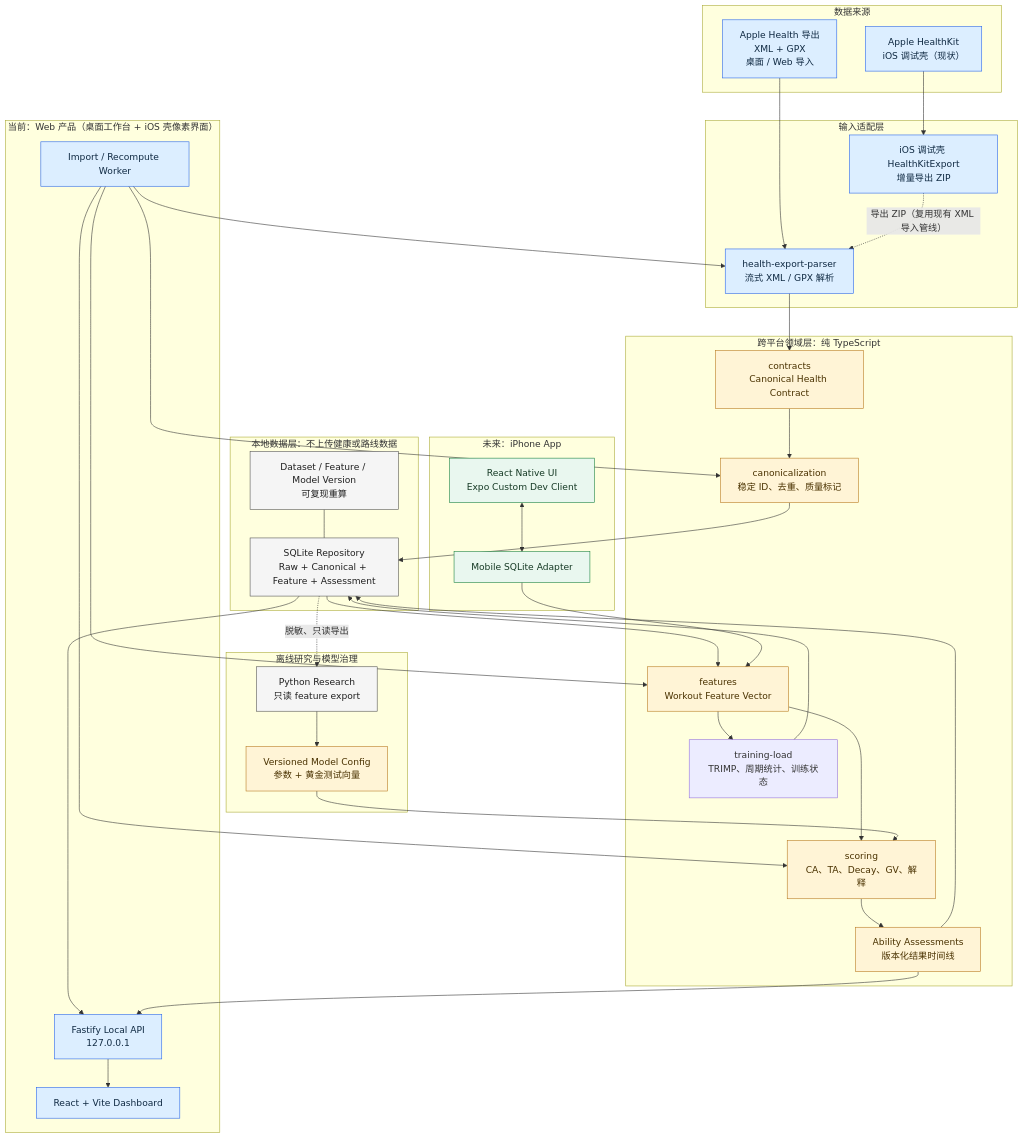
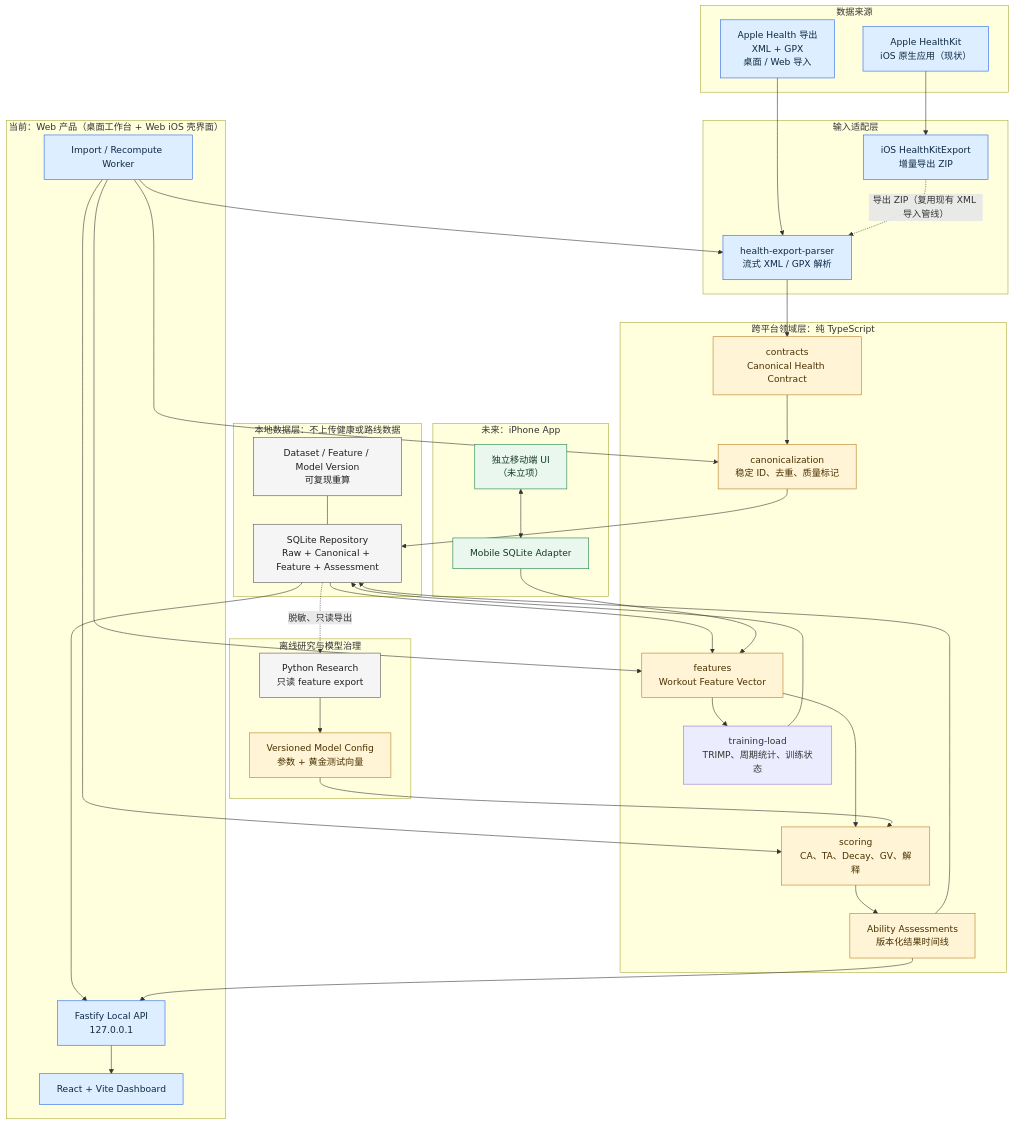
One commit to BlacnkCat0811/running changed the diagram in docs/ARCHITECTURE.md. Above: the diagram before and after it, drawn with Mermaid. The commit also changed other lines of this file and 8 other files, not shown here.

````diff
--- a/docs/ARCHITECTURE.md
+++ b/docs/ARCHITECTURE.md
@@ -56,73 +56,73 @@
 ```mermaid
 flowchart TB
     subgraph Sources["数据来源"]
         Export["Apple Health 导出\nXML + GPX\n桌面 / Web 导入"]
-        HealthKit["Apple HealthKit\niOS 调试壳（现状）"]
+        HealthKit["Apple HealthKit\niOS 原生应用（现状）"]
     end
 
     subgraph Adapters["输入适配层"]
         ExportParser["health-export-parser\n流式 XML / GPX 解析"]
-        HealthKitAdapter["iOS 调试壳 HealthKitExport\n增量导出 ZIP"]
+        HealthKitAdapter["iOS HealthKitExport\n增量导出 ZIP"]
     end
 
     subgraph Domain["跨平台领域层：纯 TypeScript"]
         Contracts["contracts\nCanonical Health Contract"]
         Quality["canonicalization\n稳定 ID、去重、质量标记"]
         Features["features\nWorkout Feature Vector"]
         Scoring["scoring\nCA、TA、Decay、GV、解释"]
         TrainingLoad["training-load\nTRIMP、周期统计、训练状态"]
         Assessments["Ability Assessments\n版本化结果时间线"]
     end
 
     subgraph LocalData["本地数据层：不上传健康或路线数据"]
         Repository["SQLite Repository\nRaw + Canonical + Feature + Assessment"]
         DatasetVersion["Dataset / Feature / Model Version\n可复现重算"]
     end
 
-    subgraph WebNow["当前：Web 产品（桌面工作台 + iOS 壳像素界面）"]
+    subgraph WebNow["当前：Web 产品（桌面工作台 + Web iOS 壳界面）"]
         Worker["Import / Recompute Worker"]
         Api["Fastify Local API\n127.0.0.1"]
         Web["React + Vite Dashboard"]
     end
 
     subgraph MobileLater["未来：iPhone App"]
         MobileRepo["Mobile SQLite Adapter"]
-        MobileApp["React Native UI\nExpo Custom Dev Client"]
+        MobileApp["独立移动端 UI\n（未立项）"]
     end
 
     subgraph Research["离线研究与模型治理"]
         Analysis["Python Research\n只读 feature export"]
         Config["Versioned Model Config\n参数 + 黄金测试向量"]
     end
 
     Export --> ExportParser --> Contracts
     HealthKit --> HealthKitAdapter
     HealthKitAdapter -. "导出 ZIP（复用现有 XML 导入管线）" .-> ExportParser
     Contracts --> Quality --> Repository
     Repository --> Features --> Scoring --> Assessments
     Features --> TrainingLoad --> Repository
     Assessments --> Repository
     DatasetVersion --- Repository
 
     Worker --> ExportParser
     Worker --> Quality
     Worker --> Features
     Worker --> Scoring
     Repository --> Api --> Web
     Assessments --> Api
 
     MobileRepo --> Features
     MobileApp <--> MobileRepo
 
     Repository -. "脱敏、只读导出" .-> Analysis
     Analysis --> Config --> Scoring
 
     classDef current fill:#dceeff,stroke:#2563eb,color:#102a43;
     classDef future fill:#e9f7ef,stroke:#15803d,color:#163a25;
     classDef core fill:#fff4d6,stroke:#b7791f,color:#4a3200;
     classDef privacy fill:#f5f5f5,stroke:#525252,color:#202020;
     class Export,ExportParser,Worker,Api,Web,HealthKit,HealthKitAdapter current;
     class MobileRepo,MobileApp future;
     class Contracts,Quality,Features,Scoring,Assessments,Config core;
     class Repository,DatasetVersion,Analysis privacy;
 ```
````
